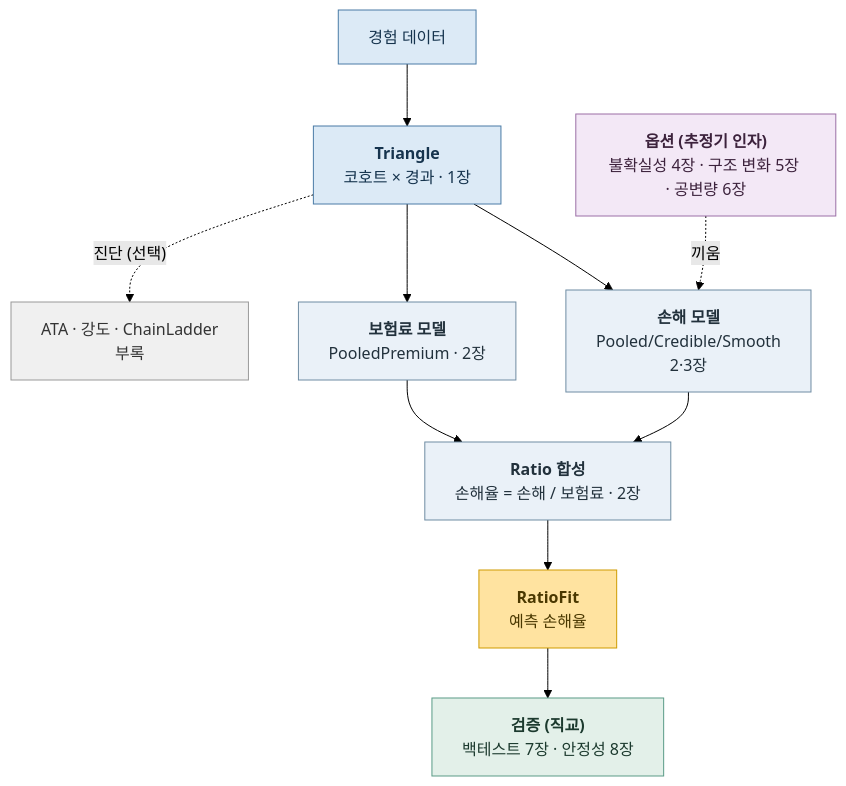
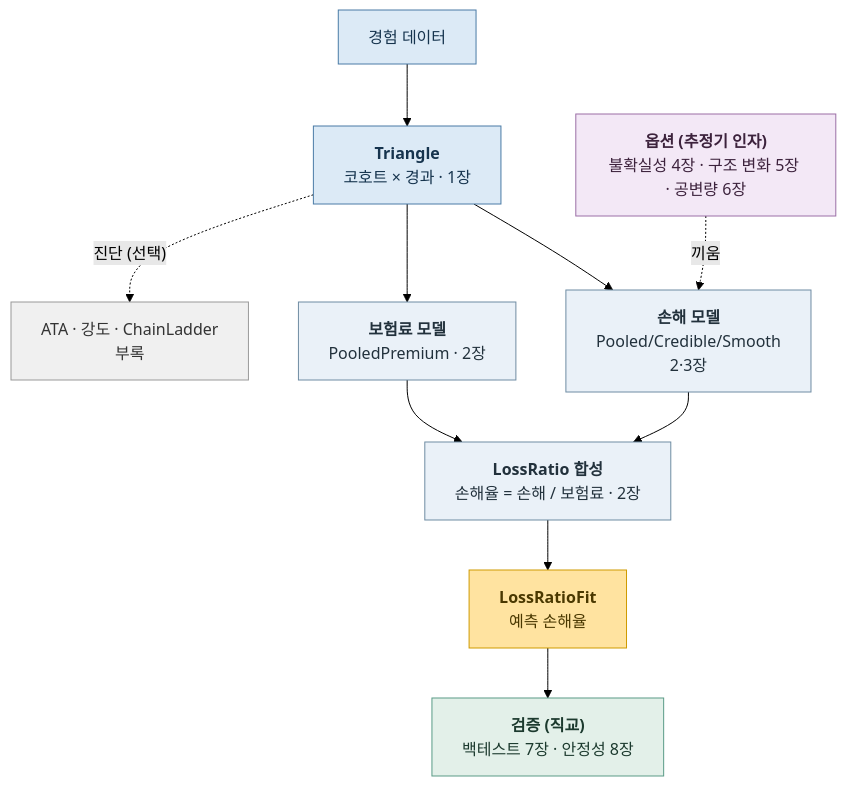
The diagram in docs/tutorial/index.md (seokhoonj/lossratio), drawn with Mermaid (forest theme) before and after one commit. The commit also changed other lines of this file and 41 other files, not shown here.

First line of the commit message:
refactor: rename Ratio/RatioFit to LossRatio/LossRatioFit

````diff
--- a/docs/tutorial/index.md
+++ b/docs/tutorial/index.md
@@ -35,24 +35,24 @@
 ```{mermaid}
 flowchart TB
   A["경험 데이터"] --> T["<b>Triangle</b><br/>코호트 × 경과 · 1장"]
   T --> LM["<b>손해 모델</b><br/>Pooled/Credible/Smooth<br/>2·3장"]
   T --> PM["<b>보험료 모델</b><br/>PooledPremium · 2장"]
-  LM --> R["<b>Ratio 합성</b><br/>손해율 = 손해 / 보험료 · 2장"]
+  LM --> R["<b>LossRatio 합성</b><br/>손해율 = 손해 / 보험료 · 2장"]
   PM --> R
-  R --> RF["<b>RatioFit</b><br/>예측 손해율"]
+  R --> RF["<b>LossRatioFit</b><br/>예측 손해율"]
   OPT["<b>옵션 (추정기 인자)</b><br/>불확실성 4장 · 구조 변화 5장 · 공변량 6장"] -. 끼움 .-> LM
   T -. 진단 (선택) .-> DIAG["ATA · 강도 · ChainLadder<br/>부록"]
   RF --> V["<b>검증 (직교)</b><br/>백테스트 7장 · 안정성 8장"]
   classDef data fill:#dceaf6,stroke:#4a7ba6,color:#16344e
   classDef model fill:#eaf1f8,stroke:#6f8ca3,color:#22313c
   classDef result fill:#ffe3a0,stroke:#cf9b00,color:#4a3800
   classDef opt fill:#f3e8f6,stroke:#9b6fa6,color:#3c223c
   classDef validate fill:#e3f0e9,stroke:#5a9b86,color:#1c3a2e
   classDef aux fill:#f0f0f0,stroke:#999,color:#333
   class A,T data
   class LM,PM,R model
   class RF result
   class OPT opt
   class V validate
   class DIAG aux
 ```
````
